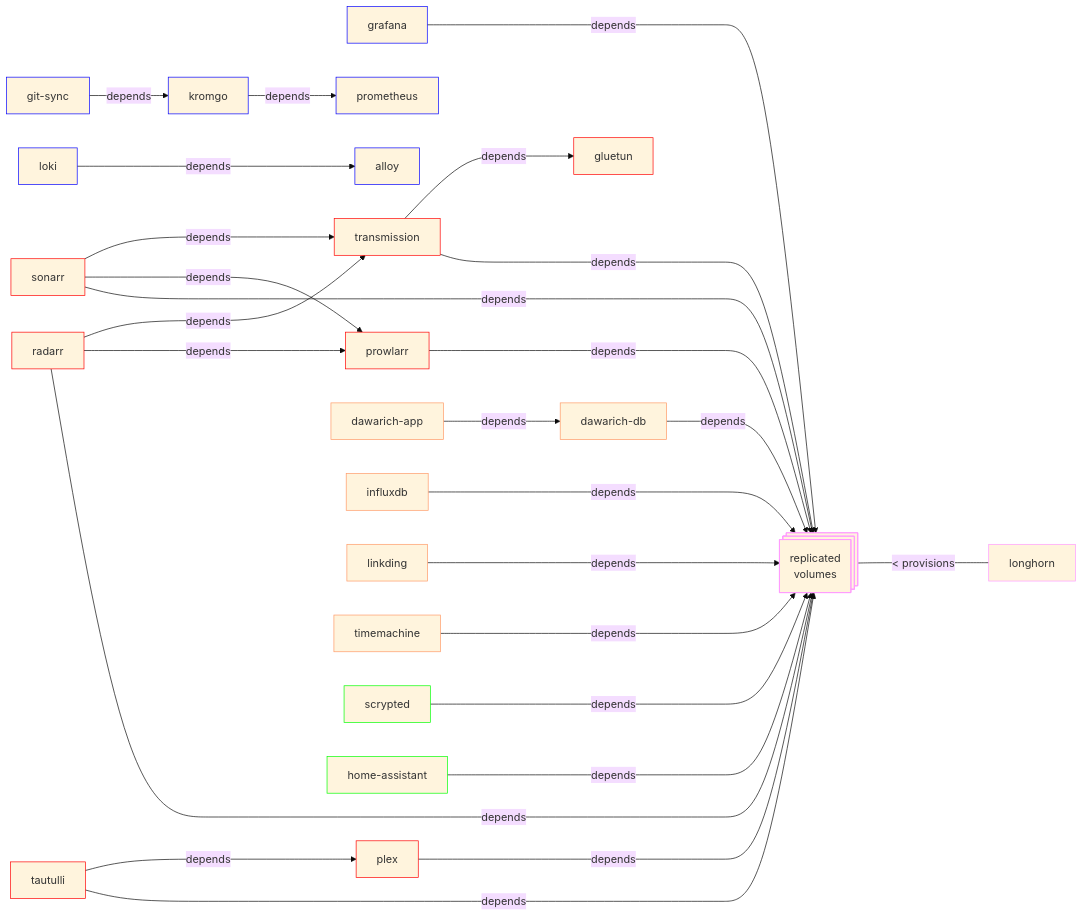
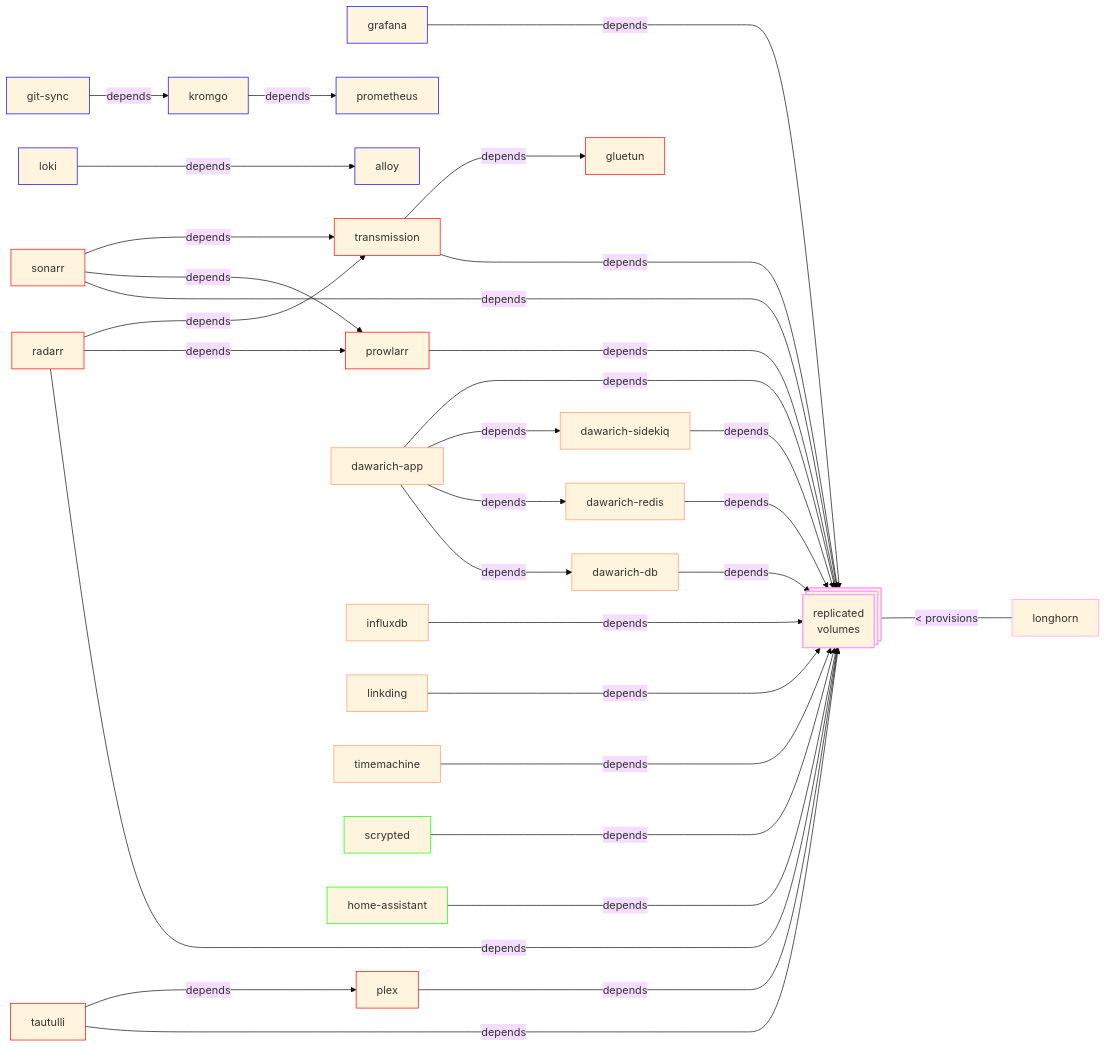
One commit to jaredfiorali/infrastructure changed the first of 3 diagrams in README.md. Above: the diagram before and after it, drawn with Mermaid (base theme). The commit also changed other lines of this file, not shown here.

````diff
--- a/README.md
+++ b/README.md
@@ -96,36 +96,41 @@
 ```mermaid
 graph LR
 L[grafana]:::blue -----> |depends| H[replicated\nvolumes]
 Z[git-sync]:::blue --> |depends| N[kromgo]
 N[kromgo]:::blue --> |depends| I[prometheus]
 A[plex]:::red -----> |depends| H[replicated\nvolumes]
 B[prowlarr]:::red -----> |depends| H[replicated\nvolumes]
 C[radarr]:::red -----> |depends| H[replicated\nvolumes]
 C[radarr]:::red ---> |depends| B[prowlarr]
 C[radarr]:::red ---> |depends| F[transmission]
 D[sonarr]:::red -----> |depends| H[replicated\nvolumes]
 D[sonarr]:::red ---> |depends| B[prowlarr]
 D[sonarr]:::red ---> |depends| F[transmission]
 E[tautulli]:::red -----> |depends| H[replicated\nvolumes]
 E[tautulli]:::red ---> |depends| A[plex]
 F[transmission]:::red -----> |depends| H[replicated\nvolumes]
 F[transmission]:::red ---> |depends| G[gluetun]
 O[loki]:::blue ---> |depends| K[alloy]
 T[dawarich-app]:::orange ---> |depends| U[dawarich-db]
+T[dawarich-app]:::orange ---> |depends| P[dawarich-redis]
+T[dawarich-app]:::orange ---> |depends| Q[dawarich-sidekiq]
+T[dawarich-app]:::orange ---> |depends| H[replicated\nvolumes]
 M[influxdb]:::orange -----> |depends| H[replicated\nvolumes]
 U[dawarich-db]:::orange ---> |depends| H[replicated\nvolumes]
+P[dawarich-redis]:::orange ---> |depends| H[replicated\nvolumes]
+Q[dawarich-sidekiq]:::orange ---> |depends| H[replicated\nvolumes]
 V[linkding]:::orange -----> |depends| H[replicated\nvolumes]
 Y[timemachine]:::orange -----> |depends| H[replicated\nvolumes]
 R[scrypted]:::green -----> |depends| H[replicated\nvolumes]
 S[home-assistant]:::green -----> |depends| H[replicated\nvolumes]
 I[prometheus]:::blue
 G[gluetun]:::red
 K[alloy]:::blue
 H:::pink@{ shape: processes, label: "replicated\nvolumes" } <--- |< provisions| J[longhorn]:::pink
 
 classDef red stroke:#f00
 classDef blue stroke:#00f
 classDef green stroke:#0f0
 classDef orange stroke:#f96
 classDef pink stroke:#f9f
 ```
````
